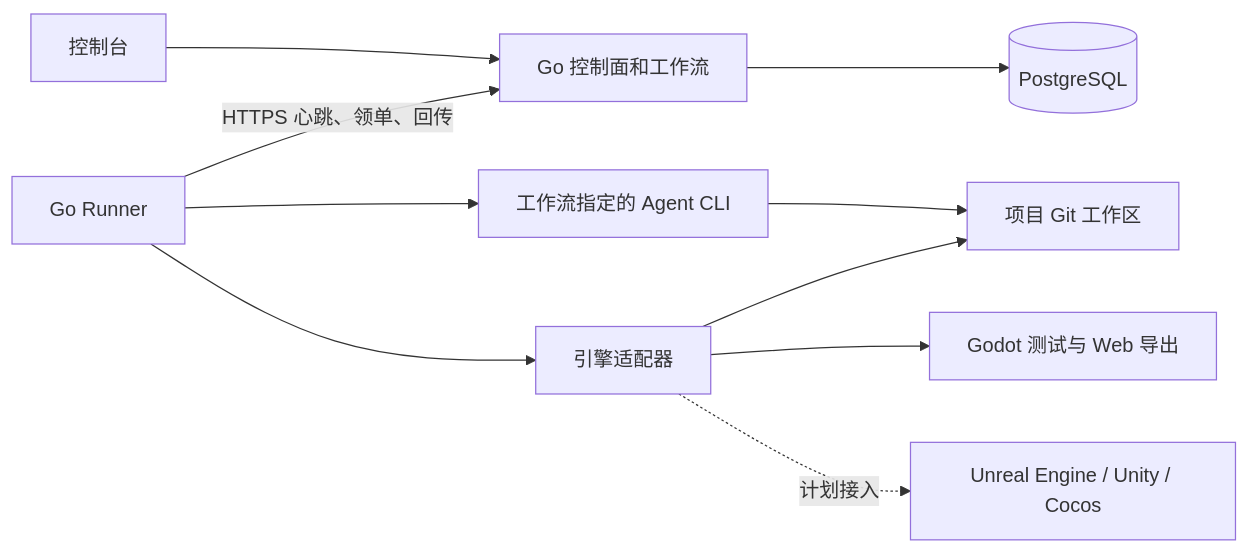
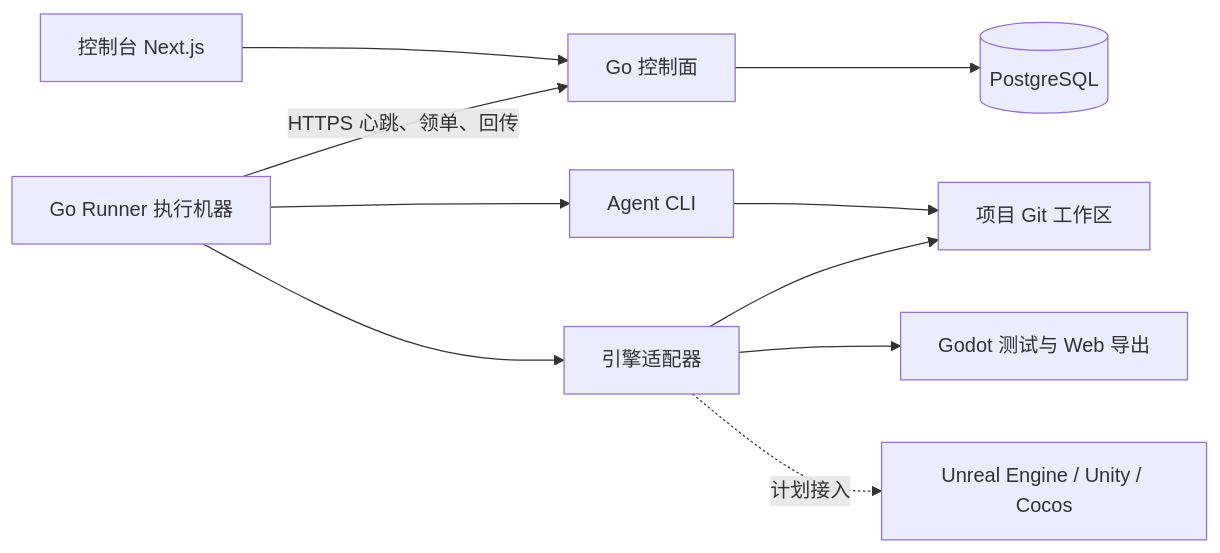
The diagram in README.md (PhongFeng/Agentrib), drawn with Mermaid before and after one commit. The commit also changed other lines of this file, not shown here.

First line of the commit message:
docs: rewrite the README around the studio roadmap and shipped pipeline

````diff
--- a/README.md
+++ b/README.md
@@ -40,12 +63,12 @@
 ```mermaid
 flowchart LR
-    Console[控制台] --> Server[Go 控制面和工作流]
+    Console[控制台 Next.js] --> Server[Go 控制面]
     Server --> Database[(PostgreSQL)]
-    Runner[Go Runner] -->|HTTPS 心跳、领单、回传| Server
-    Runner --> Agents[工作流指定的 Agent CLI]
+    Runner[Go Runner 执行机器] -->|HTTPS 心跳、领单、回传| Server
+    Runner --> Agents[Agent CLI]
     Runner --> Engine[引擎适配器]
     Engine --> Godot[Godot 测试与 Web 导出]
     Engine -. 计划接入 .-> Future[Unreal Engine / Unity / Cocos]
     Agents --> Git[项目 Git 工作区]
     Engine --> Git
 ```
````
